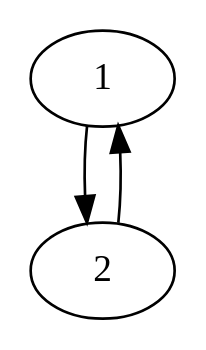
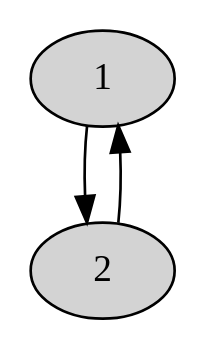
The diagram in libyui-qt-graph/examples/simple.dot (libyui/libyui), drawn with Graphviz before and after one commit. The commit also changed 4 other files, not shown here.

```diff
--- a/libyui-qt-graph/examples/simple.dot
+++ b/libyui-qt-graph/examples/simple.dot
@@ -1,8 +1,10 @@
-digraph test
+digraph simple
 {
+    node [style="filled", fontname="Times"];
+
     1;
     2;
 
     1 -> 2;
     2 -> 1;
 }
```
